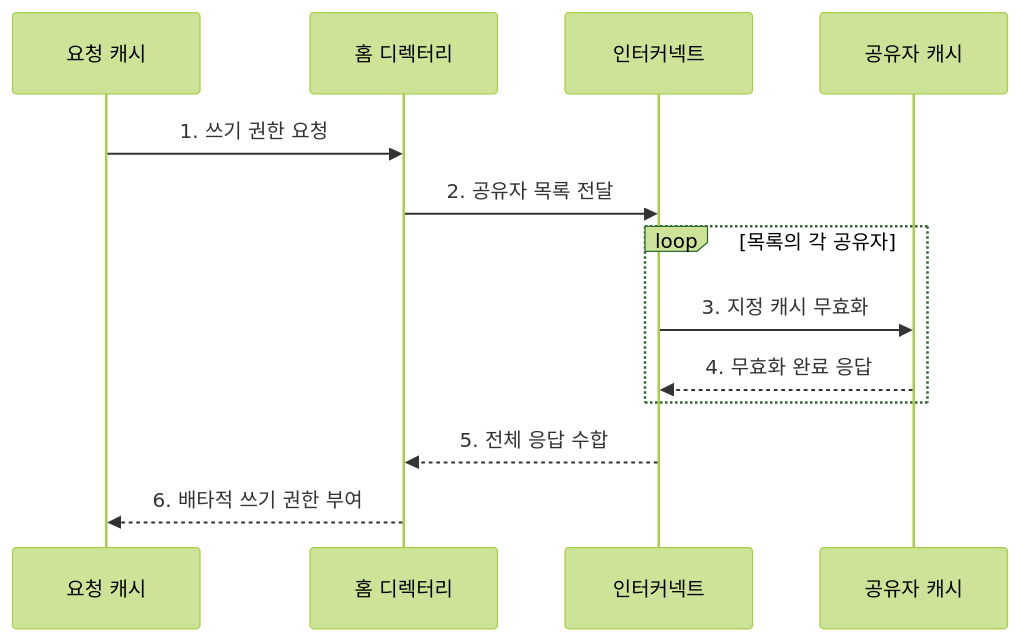
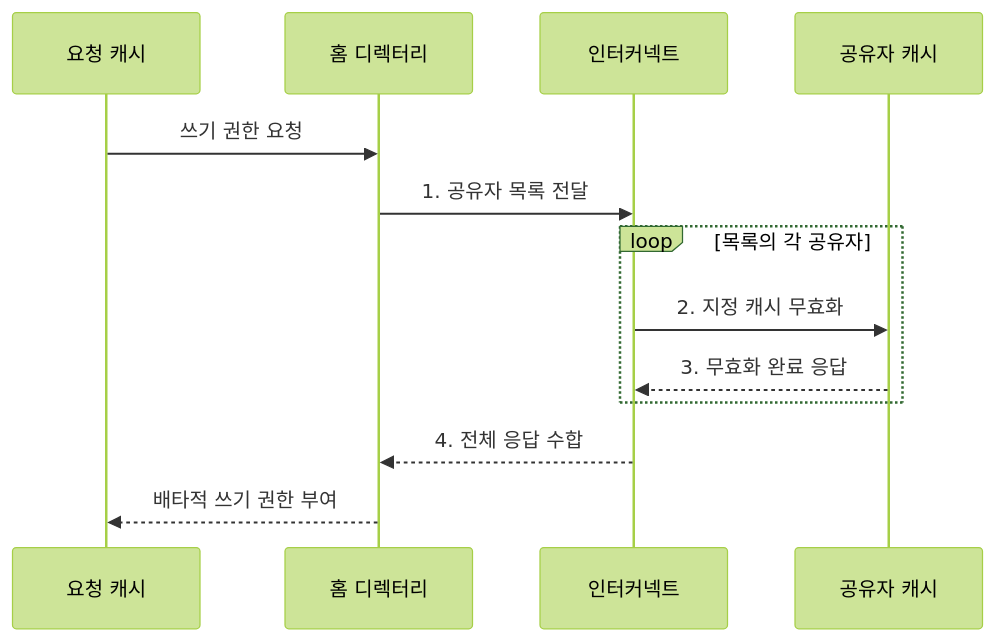
The second of 2 diagrams in src/content/docs/notes/02-hardware/015_bus_snooping_directory_coherence.md (agnusdei1207/knowledge-base), drawn with Mermaid (forest theme) before and after one commit. The commit also changed other lines of this file and 19 other files, not shown here.

````diff
--- a/src/content/docs/notes/02-hardware/015_bus_snooping_directory_coherence.md
+++ b/src/content/docs/notes/02-hardware/015_bus_snooping_directory_coherence.md
@@ -89,15 +89,15 @@
 ```mermaid
 sequenceDiagram
     participant C as 요청 캐시
     participant H as 홈 디렉터리
     participant N as 인터커넥트
     participant S as 공유자 캐시
-    C->>H: 1. 쓰기 권한 요청
-    H->>N: 2. 공유자 목록 전달
+    C->>H: 쓰기 권한 요청
+    H->>N: 1. 공유자 목록 전달
     loop 목록의 각 공유자
-        N->>S: 3. 지정 캐시 무효화
-        S-->>N: 4. 무효화 완료 응답
+        N->>S: 2. 지정 캐시 무효화
+        S-->>N: 3. 무효화 완료 응답
     end
-    N-->>H: 5. 전체 응답 수합
-    H-->>C: 6. 배타적 쓰기 권한 부여
+    N-->>H: 4. 전체 응답 수합
+    H-->>C: 배타적 쓰기 권한 부여
 ```
````
